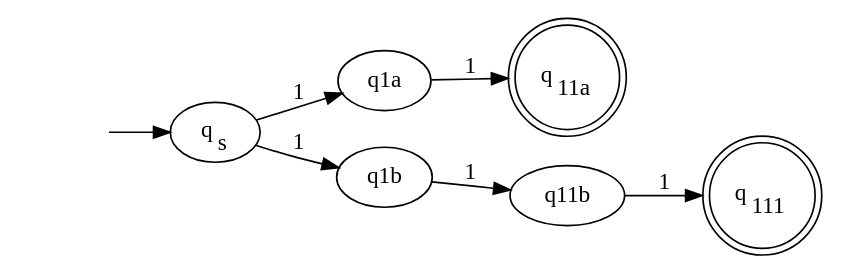
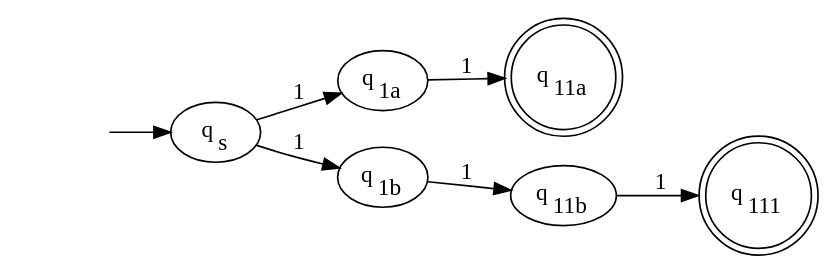
The third of 11 diagrams in courses/flat/lectures/lecture3.md (atu-se/atu.innomadic.com), drawn with Graphviz before and after one commit. The commit also changed other lines of this file and 3 other files, not shown here.

````diff
--- a/courses/flat/lectures/lecture3.md
+++ b/courses/flat/lectures/lecture3.md
@@ -135,16 +137,21 @@
 ```dot
 digraph G{
     rankdir="LR"
     null [label= "", shape=none]
     qs [label=<q<SUB>s</SUB>>]
+
+    q1a [label=<q<SUB>1a</SUB>>]
+    q1b [label=<q<SUB>1b</SUB>>]
+    q11b [label=<q<SUB>11b</SUB>>]
+    
     q11a [label=<q<SUB>11a</SUB>>, shape=doublecircle]
     q111 [label=<q<SUB>111</SUB>>, shape=doublecircle]
 
     null -> qs
     qs -> q1a [label="1"]
     qs -> q1b [label="1"]
     q1a -> q11a [label="1"]
     q1b -> q11b [label="1"]
     q11b -> q111 [label="1"]
 }
 ```
````
